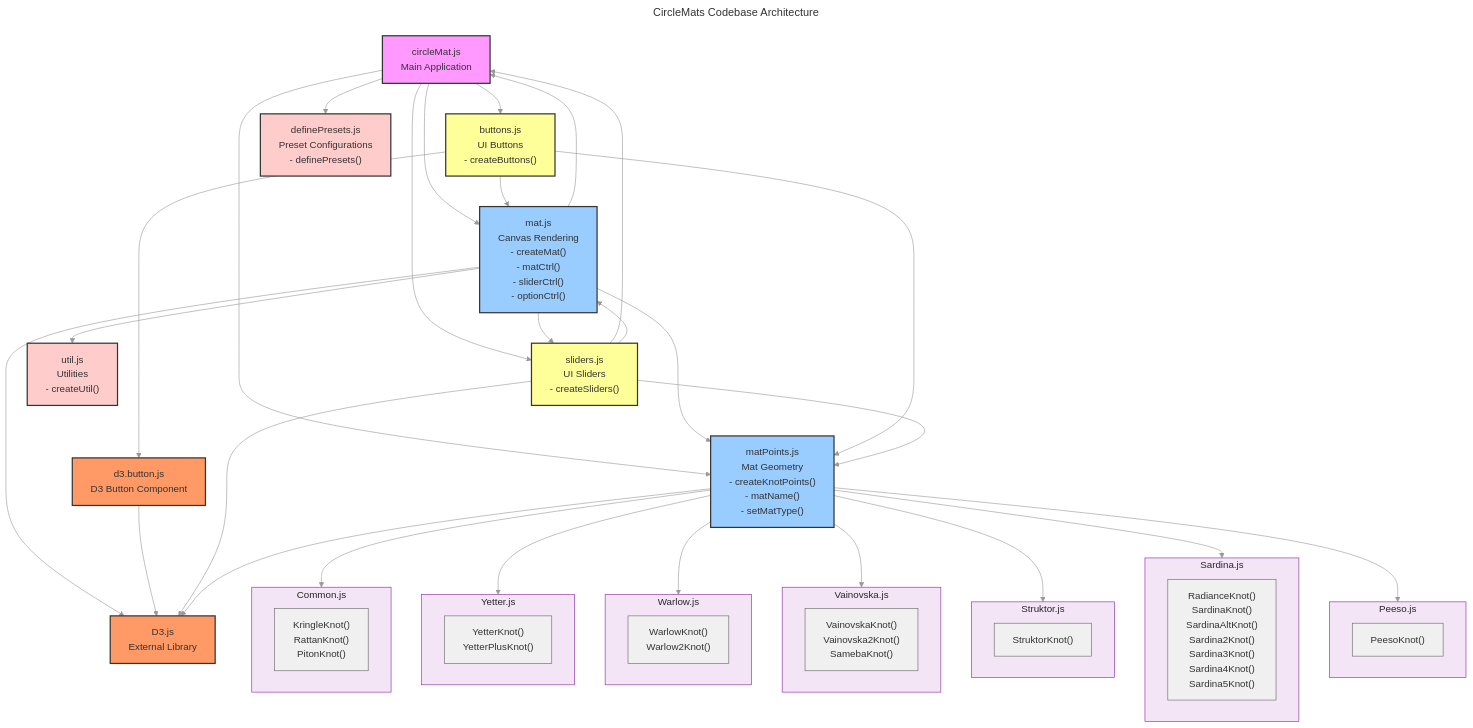
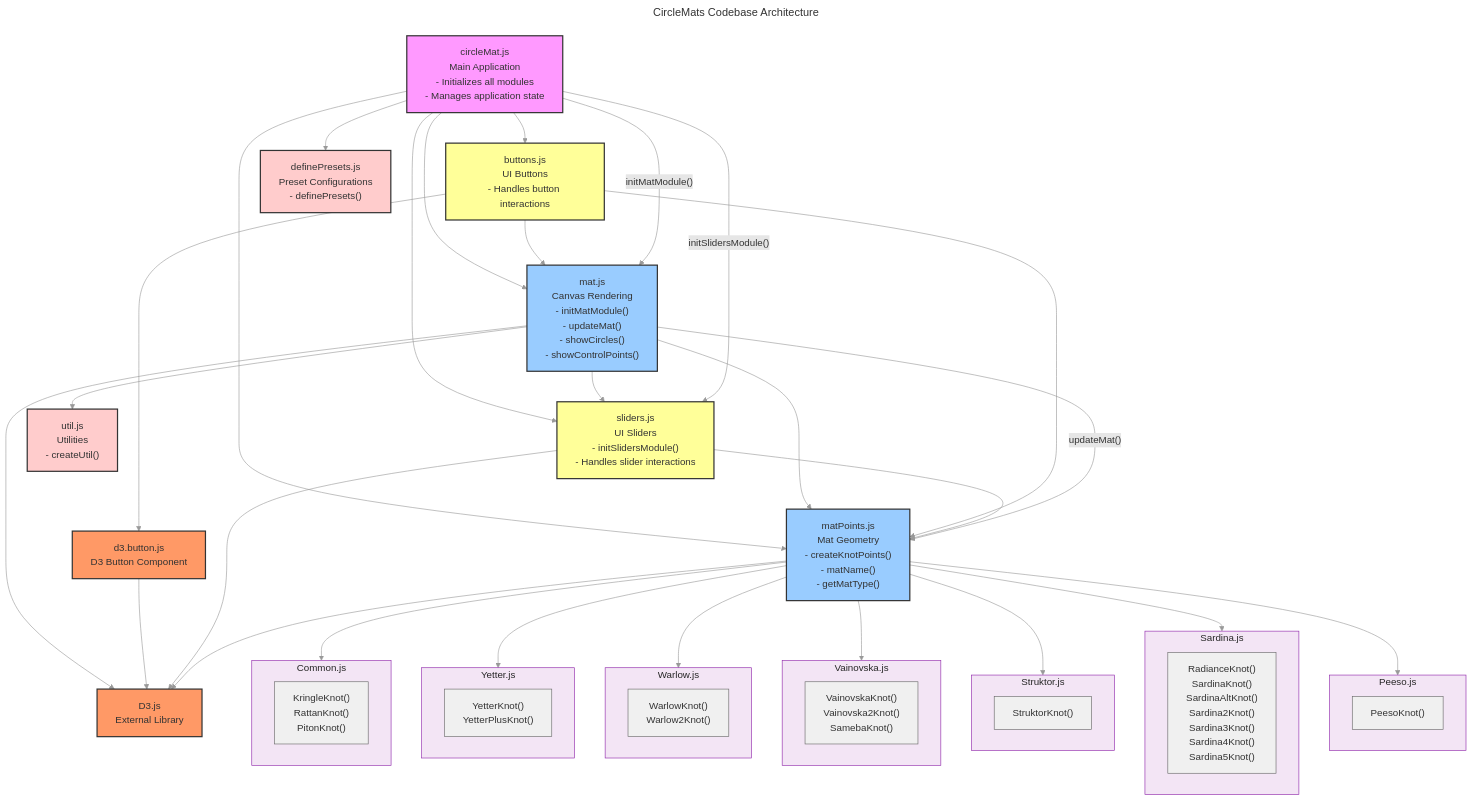
Before and after one commit to Scott-Y-Hall/CircleMats: the diagram in code-relationships.mmd, drawn with Mermaid.

Commit message:
mermaid update

```diff
--- a/code-relationships.mmd
+++ b/code-relationships.mmd
@@ -1,111 +1,113 @@
 ---
 title: CircleMats Codebase Architecture
 description: Visualization of module relationships and dependencies in the CircleMats project.
 ---
 
 %%{init: {'theme': 'base', 'themeVariables': { 'primaryColor': '#f0f0f0', 'primaryTextColor': '#333', 'primaryBorderColor': '#666', 'lineColor': '#999', 'secondaryColor': '#e6e6e6', 'tertiaryColor': '#d9d9d9'}}}%%
 
 graph TD
     %% Main Application File
-    circleMat["circleMat.js<br/>Main Application"]
+    circleMat["circleMat.js<br/>Main Application<br/>- Initializes all modules<br/>- Manages application state"]
     
     %% Core Modules
-    mat["mat.js<br/>Canvas Rendering<br/>- createMat()<br/>- matCtrl()<br/>- sliderCtrl()<br/>- optionCtrl()"]
-    matPoints["matPoints.js<br/>Mat Geometry<br/>- createKnotPoints()<br/>- matName()<br/>- setMatType()"]
+    mat["mat.js<br/>Canvas Rendering<br/>- initMatModule()<br/>- updateMat()<br/>- showCircles()<br/>- showControlPoints()"]
+    matPoints["matPoints.js<br/>Mat Geometry<br/>- createKnotPoints()<br/>- matName()<br/>- getMatType()"]
     
     %% UI Components
-    buttons["buttons.js<br/>UI Buttons<br/>- createButtons()"]
-    sliders["sliders.js<br/>UI Sliders<br/>- createSliders()"]
+    buttons["buttons.js<br/>UI Buttons<br/>- Handles button interactions"]
+    sliders["sliders.js<br/>UI Sliders<br/>- initSlidersModule()<br/>- Handles slider interactions"]
     
     %% Knot Types
     subgraph CommonSG[Common.js]
         Common["KringleKnot()<br/>RattanKnot()<br/>PitonKnot()"]
     end
     
     subgraph YetterSG[Yetter.js]
         Yetter["YetterKnot()<br/>YetterPlusKnot()"]
     end
     
     subgraph WarlowSG[Warlow.js]
         Warlow["WarlowKnot()<br/>Warlow2Knot()"]
     end
     
     subgraph VainovskaSG[Vainovska.js]
         Vainovska["VainovskaKnot()<br/>Vainovska2Knot()<br/>SamebaKnot()"]
     end
     
     subgraph StruktorSG[Struktor.js]
         Struktor["StruktorKnot()"]
     end
     
     subgraph SardinaSG[Sardina.js]
         Sardina["RadianceKnot()<br/>SardinaKnot()<br/>SardinaAltKnot()<br/>Sardina2Knot()<br/>Sardina3Knot()<br/>Sardina4Knot()<br/>Sardina5Knot()"]
     end
     
     subgraph PeesoSG[Peeso.js]
         Peeso["PeesoKnot()"]
     end
     
     %% Utility
     util["util.js<br/>Utilities<br/>- createUtil()"]
     definePresets["definePresets.js<br/>Preset Configurations<br/>- definePresets()"]
     
     %% D3.js Dependencies
     d3Button["d3.button.js<br/>D3 Button Component"]
     d3["D3.js<br/>External Library"]
     
-    %% Main Dependencies
+    %% Main Dependencies (circleMat orchestrates everything)
     circleMat --> mat
     circleMat --> matPoints
     circleMat --> buttons
     circleMat --> sliders
     circleMat --> definePresets
     
     %% Core Module Dependencies
     mat --> matPoints
     mat --> util
     mat --> d3
     mat --> sliders
-    mat --> circleMat    
     
     %% UI Component Dependencies
     buttons --> d3Button
     buttons --> matPoints
     buttons --> mat
     d3Button --> d3
     
     %% Slider Dependencies
     sliders --> d3
-    sliders --> circleMat
-    sliders --> mat
     sliders --> matPoints
+    
+    %% Initialization Flow
+    circleMat -- "initSlidersModule()" --> sliders
+    circleMat -- "initMatModule()" --> mat
+    mat -- "updateMat()" --> matPoints
     
     %% Knot Dependencies
     matPoints --> d3
     matPoints --> CommonSG
     matPoints --> YetterSG
     matPoints --> WarlowSG
     matPoints --> VainovskaSG
     matPoints --> StruktorSG
     matPoints --> SardinaSG
     matPoints --> PeesoSG
     
     %% Style Definitions
     classDef app fill:#f9f,stroke:#333,stroke-width:2px
     classDef core fill:#9cf,stroke:#333,stroke-width:2px
     classDef ui fill:#ff9,stroke:#333,stroke-width:2px
     classDef util fill:#fcc,stroke:#333,stroke-width:2px
     classDef ext fill:#f96,stroke:#333,stroke-width:2px
 
     %% Knot Subgraph Style - Single style for all knot subgraphs
     classDef knot fill:#f3e5f5,stroke:#8e24aa,stroke-width:2px  %% Light Purple
     
     %% Apply Styles
     class circleMat app
     class mat,matPoints core
     class buttons,sliders,d3Button ui
     class util,definePresets util
     class d3Button,d3 ext
     
     %% Apply Knot Subgraph Style
     class CommonSG,YetterSG,WarlowSG,VainovskaSG,StruktorSG,SardinaSG,PeesoSG knot
```
